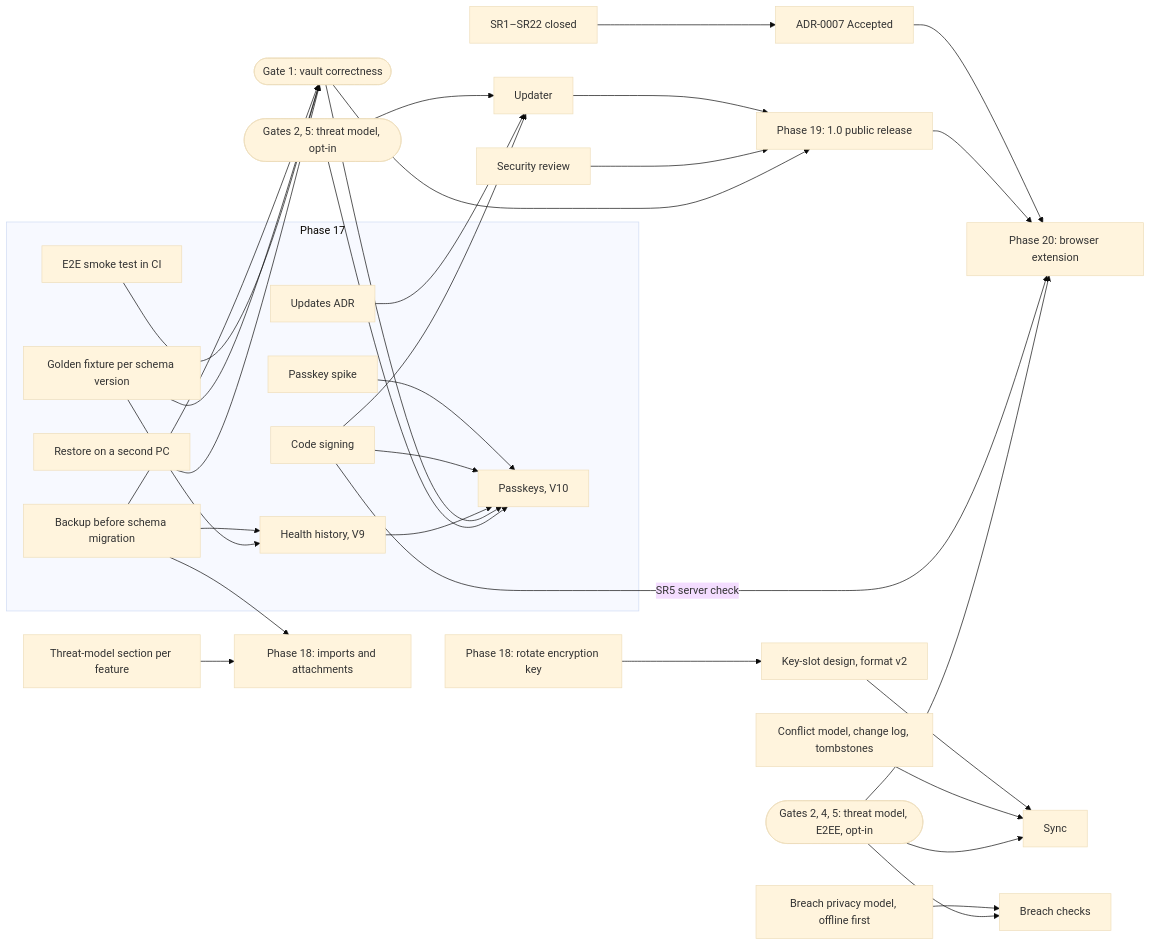
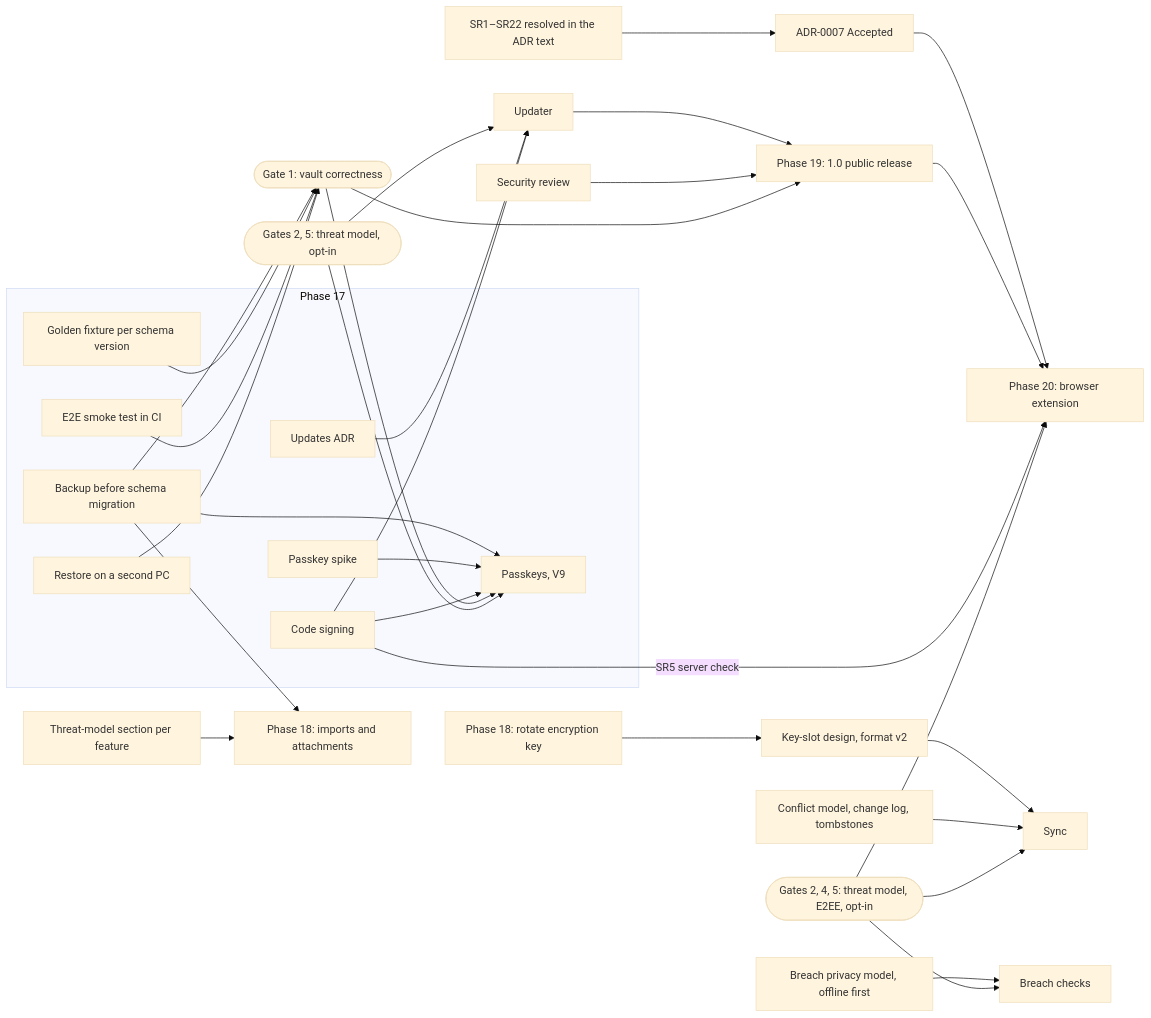
One commit to bubb4rd/vaultair changed the second of 5 diagrams in docs/roadmap.md. Above: the diagram before and after it, drawn with Mermaid (base theme). The commit also changed other lines of this file and 39 other files, not shown here.

First line of the commit message:
feat(backup): back up a vault before upgrading its schema

````diff
--- a/docs/roadmap.md
+++ b/docs/roadmap.md
@@ -43,54 +44,51 @@
 ```mermaid
 flowchart LR
     subgraph P17["Phase 17"]
         PMB["Backup before schema migration"]
         FIX["Golden fixture per schema version"]
         E2E["E2E smoke test in CI"]
         R2["Restore on a second PC"]
-        H40["Health history, V9"]
+        PK["Passkeys, V9"]
         SPK["Passkey spike"]
         SIGN["Code signing"]
-        PK["Passkeys, V10"]
         UPD["Updates ADR"]
     end
 
     G1(["Gate 1: vault correctness"])
     G2(["Gates 2, 5: threat model, opt-in"])
     G24(["Gates 2, 4, 5: threat model, E2EE, opt-in"])
 
-    PMB --> H40
-    FIX --> H40
+    PMB --> PK
     PMB --> G1
     FIX --> G1
     E2E --> G1
     R2 --> G1
 
     SPK --> PK
     SIGN --> PK
-    H40 --> PK
     G1 --> PK
     G2 --> PK
 
     PMB --> IMP["Phase 18: imports and attachments"]
     TMI["Threat-model section per feature"] --> IMP
 
     UPD --> UCH["Updater"]
     SIGN --> UCH
     G2 --> UCH
     UCH --> V1["Phase 19: 1.0 public release"]
     REV["Security review"] --> V1
     G1 --> V1
 
-    SR["SR1–SR22 closed"] --> ACC["ADR-0007 Accepted"]
+    SR["SR1–SR22 resolved in the ADR text"] --> ACC["ADR-0007 Accepted"]
     ACC --> EXT["Phase 20: browser extension"]
     V1 --> EXT
     SIGN -->|SR5 server check| EXT
     G24 --> EXT
 
     ROT["Phase 18: rotate encryption key"] --> KS["Key-slot design, format v2"]
     KS --> SYNC["Sync"]
     CM["Conflict model, change log, tombstones"] --> SYNC
     G24 --> SYNC
     PM["Breach privacy model, offline first"] --> BR["Breach checks"]
     G24 --> BR
 ```
````
